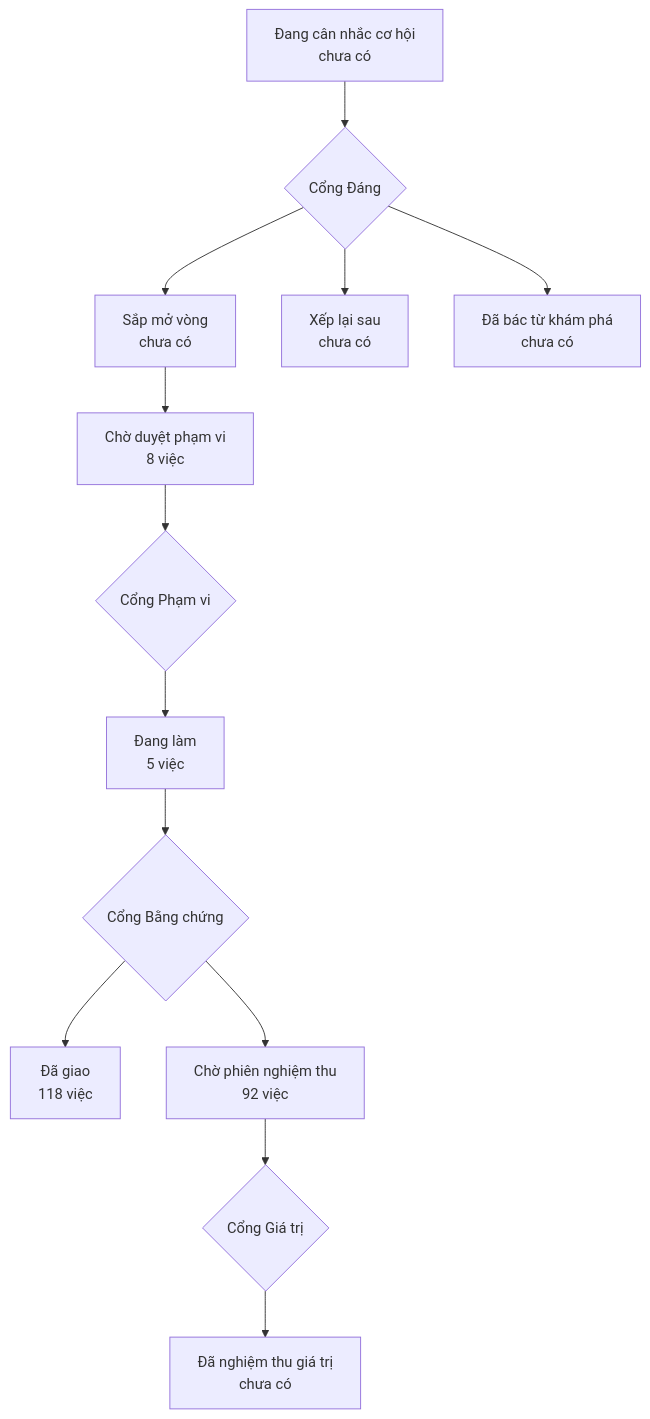
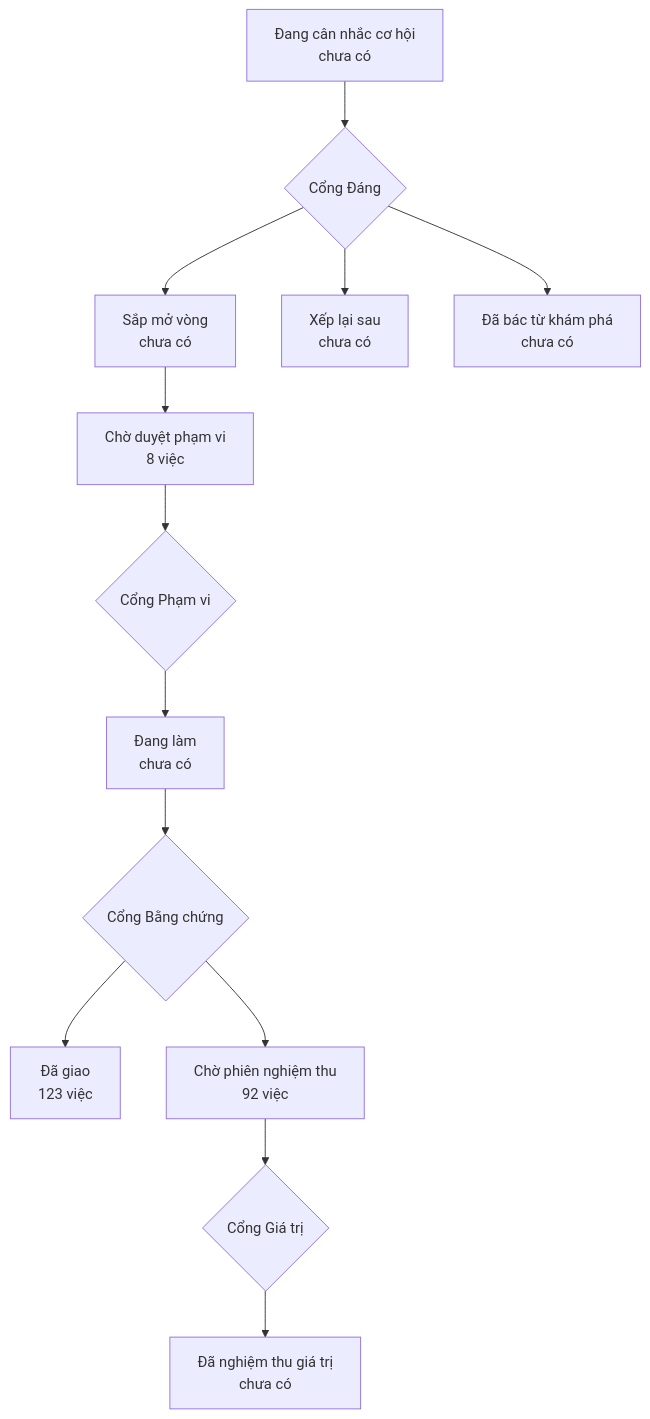
One commit to phanlemanh/onehub-invest changed the diagram in PRODUCT-MAP.md. Above: the diagram before and after it, drawn with Mermaid. The commit also changed other lines of this file and 4 other files, not shown here.

````diff
--- a/PRODUCT-MAP.md
+++ b/PRODUCT-MAP.md
@@ -7,12 +7,12 @@
 ```mermaid
 flowchart TD
   A["Đang cân nhắc cơ hội<br/>chưa có"] --> GD{"Cổng Đáng"}
   GD --> B["Sắp mở vòng<br/>chưa có"]
   GD --> XL["Xếp lại sau<br/>chưa có"]
   GD --> DB["Đã bác từ khám phá<br/>chưa có"]
   B --> CD["Chờ duyệt phạm vi<br/>8 việc"] --> GP{"Cổng Phạm vi"}
-  GP --> DL["Đang làm<br/>5 việc"] --> GB{"Cổng Bằng chứng"}
-  GB --> DG["Đã giao<br/>118 việc"]
+  GP --> DL["Đang làm<br/>chưa có"] --> GB{"Cổng Bằng chứng"}
+  GB --> DG["Đã giao<br/>123 việc"]
   GB --> CN["Chờ phiên nghiệm thu<br/>92 việc"] --> GG{"Cổng Giá trị"}
   GG --> NT["Đã nghiệm thu giá trị<br/>chưa có"]
 ```
````
